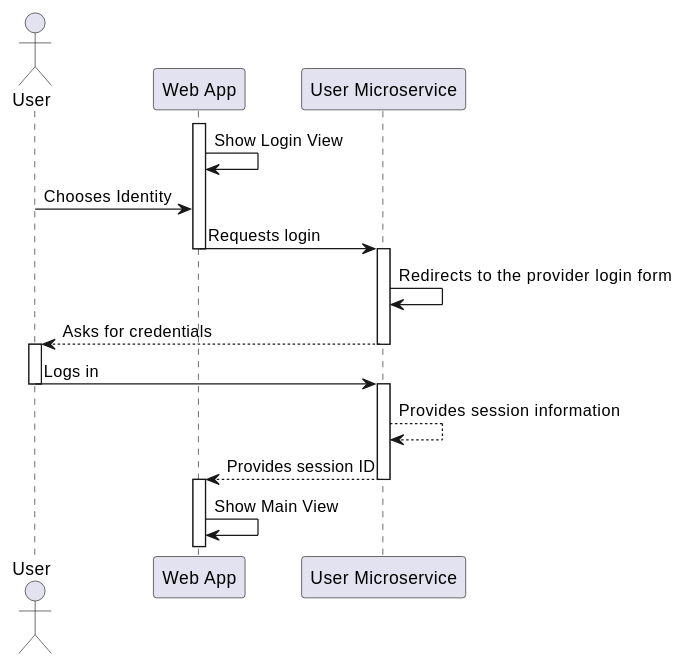
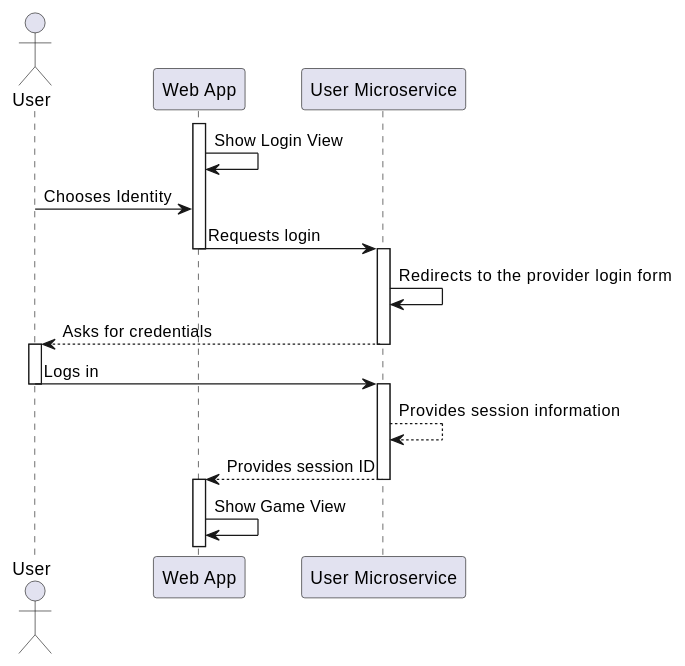
One commit to Arquisoft/wiq_es3b changed the first of 2 diagrams in docs/src/06_runtime_view.adoc. Above: the diagram before and after it, drawn with PlantUML. The commit also changed other lines of this file, not shown here.

```diff
--- a/docs/src/06_runtime_view.adoc
+++ b/docs/src/06_runtime_view.adoc
@@ -14,25 +14,25 @@
 [plantuml,"sequencediagram-login",png] 
 ----
 actor User as u
 participant "Web App" as w
 participant "User Microservice" as um
 activate w 
 w -> w: Show Login View 
 u -> w: Chooses Identity 
 w -> um: Requests login 
 deactivate w 
 activate um
 um -> um: Redirects to the provider login form 
 um --> u: Asks for credentials 
 deactivate um
 activate u
 u -> um: Logs in 
 deactivate u 
 activate um
 um --> um: Provides session information 
 um --> w: Provides session ID 
 deactivate um
 activate w 
-w -> w: Show Main View
+w -> w: Show Game View
 deactivate um
 ----
```
